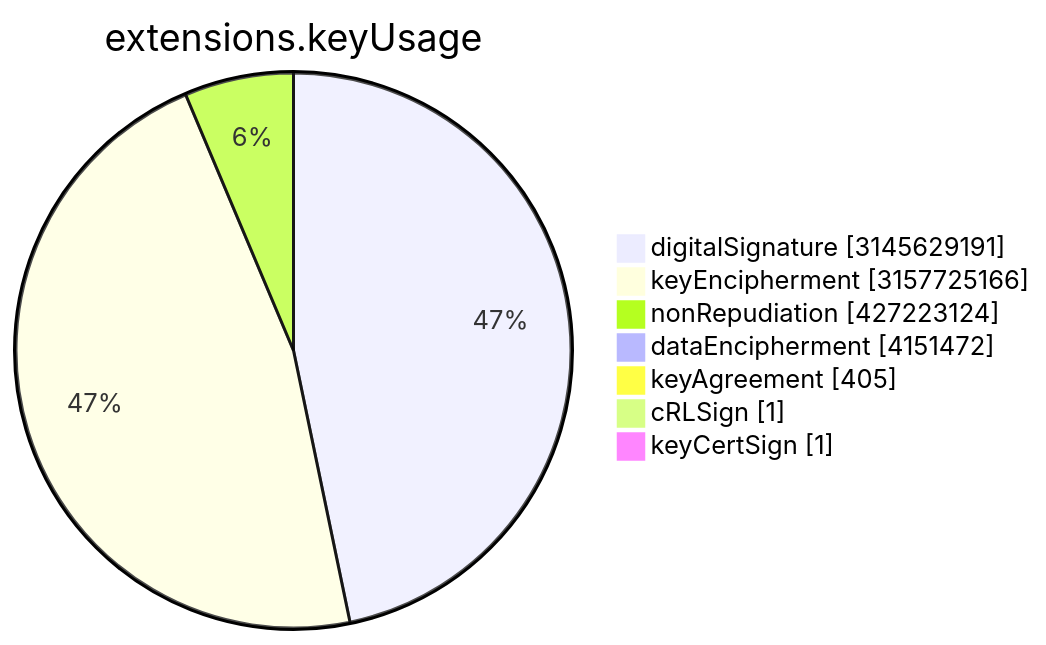
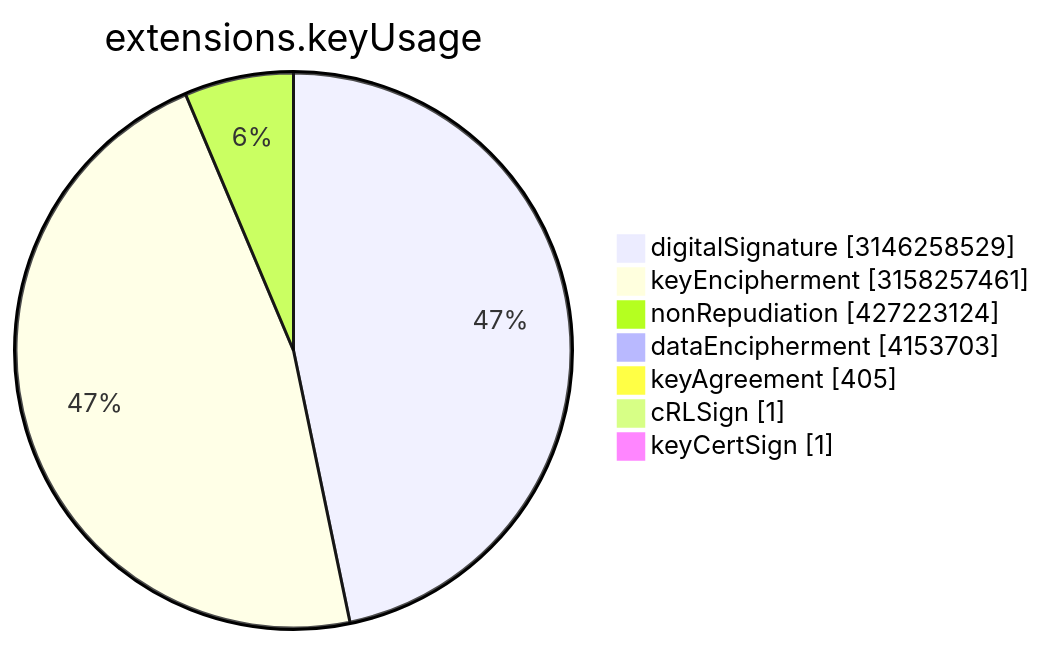
Before and after one commit to christiankrug/ctmonitor_visualization: the sixth of 15 diagrams in TOTAL/README.md, drawn with Mermaid. The commit also changed other lines of this file, not shown here.

````diff
--- a/TOTAL/README.md
+++ b/TOTAL/README.md
@@ -3077,11 +3077,11 @@
 ```mermaid
 pie showData
 title extensions.keyUsage
-"digitalSignature" :3145629191
-"keyEncipherment" :3157725166
+"digitalSignature" :3146258529
+"keyEncipherment" :3158257461
 "nonRepudiation" :427223124
-"dataEncipherment" :4151472
+"dataEncipherment" :4153703
 "keyAgreement" :405
 "cRLSign" :1
 "keyCertSign" :1
 ```
````
